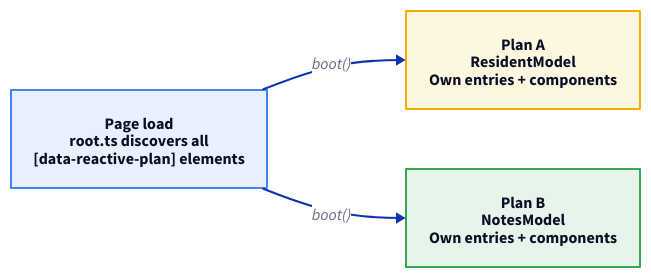
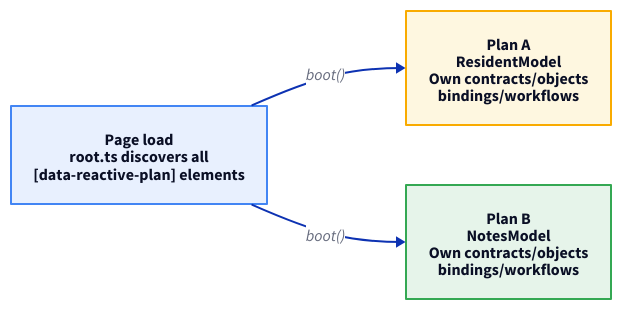
The first of 3 diagrams in docs-site/src/content/docs/architecture/plan-composition.mdx (marafiq/alis-reactive), drawn with D2 before and after one commit. The commit also changed other lines of this file and 1014 other files, not shown here.

Commit message:
redesign reactive framework around the v2 plan model

````diff
--- a/docs-site/src/content/docs/architecture/plan-composition.mdx
+++ b/docs-site/src/content/docs/architecture/plan-composition.mdx
@@ -14,25 +14,25 @@
 ```d2
 direction: right
 
 page: "Page load\nroot.ts discovers all\n[data-reactive-plan] elements" {
   shape: rectangle
   style.fill: "#e8f0fe"
   style.stroke: "#4285f4"
   style.font-size: 16
 }
-plan1: "Plan A\nResidentModel\nOwn entries + components" {
+plan1: "Plan A\nResidentModel\nOwn contracts/objects\nbindings/workflows" {
   shape: rectangle
   style.fill: "#fef7e0"
   style.stroke: "#f9ab00"
   style.font-size: 16
 }
-plan2: "Plan B\nNotesModel\nOwn entries + components" {
+plan2: "Plan B\nNotesModel\nOwn contracts/objects\nbindings/workflows" {
   shape: rectangle
   style.fill: "#e6f4ea"
   style.stroke: "#34a853"
   style.font-size: 16
 }
 
 page -> plan1: boot()
 page -> plan2: boot()
 ```
````
